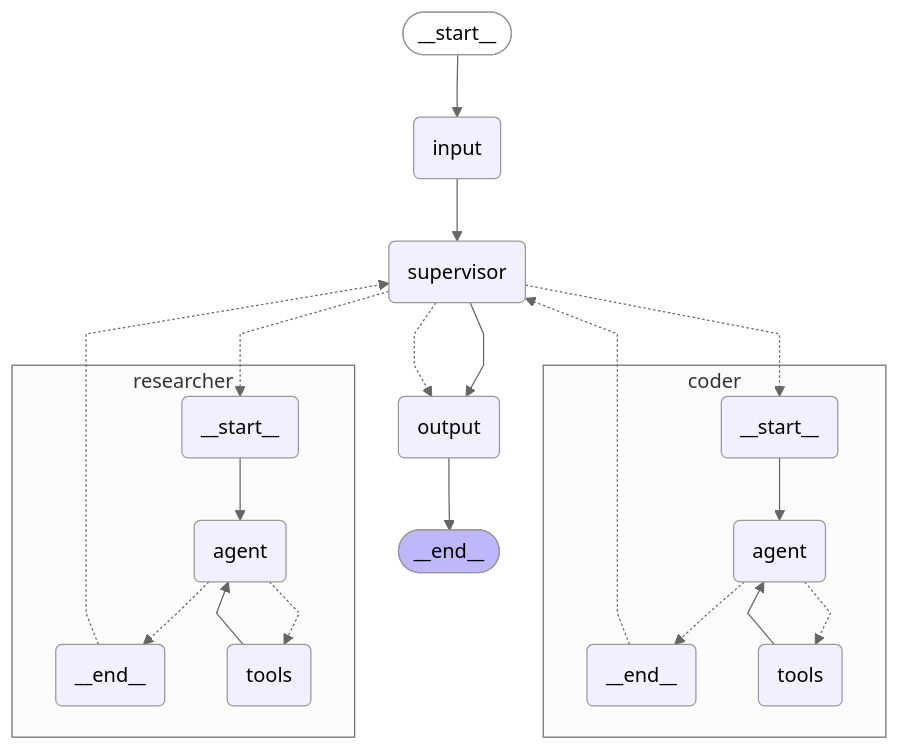
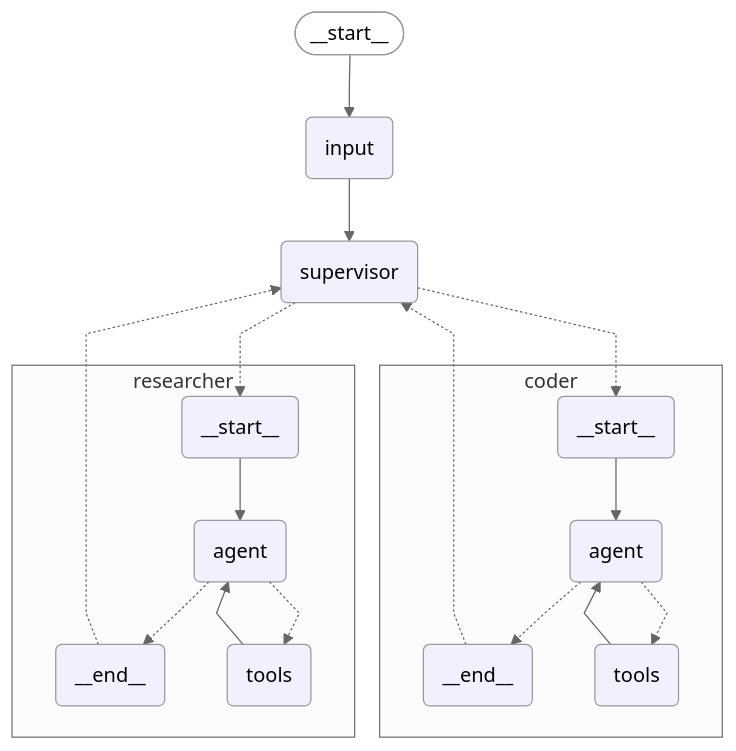
Before and after one commit to UiPath/uipath-python: the diagram in samples/multi-agent-supervisor-researcher-coder/README.md, drawn with Mermaid (neutral theme). The commit also changed other lines of this file and 3 other files, not shown here.

````diff
--- a/samples/multi-agent-supervisor-researcher-coder/README.md
+++ b/samples/multi-agent-supervisor-researcher-coder/README.md
@@ -12,46 +12,41 @@
 ```mermaid
 ---
 config:
   flowchart:
     curve: linear
 ---
 graph TD;
 	__start__([<p>__start__</p>]):::first
 	input(input)
 	supervisor(supervisor)
-	output(output)
-	__end__([<p>__end__</p>]):::last
 	__start__ --> input;
 	input --> supervisor;
-	output --> __end__;
-	supervisor --> output;
 	supervisor -.-> researcher___start__;
 	supervisor -.-> coder___start__;
-	supervisor -.-> output;
 	researcher___end__ -.-> supervisor;
 	coder___end__ -.-> supervisor;
 	subgraph researcher
 	researcher___start__(<p>__start__</p>)
 	researcher_agent(agent)
 	researcher_tools(tools)
 	researcher___end__(<p>__end__</p>)
 	researcher___start__ --> researcher_agent;
 	researcher_tools --> researcher_agent;
 	researcher_agent -.-> researcher_tools;
 	researcher_agent -.-> researcher___end__;
 	end
 	subgraph coder
 	coder___start__(<p>__start__</p>)
 	coder_agent(agent)
 	coder_tools(tools)
 	coder___end__(<p>__end__</p>)
 	coder___start__ --> coder_agent;
 	coder_tools --> coder_agent;
 	coder_agent -.-> coder_tools;
 	coder_agent -.-> coder___end__;
 	end
 	classDef default fill:#f2f0ff,line-height:1.2
 	classDef first fill-opacity:0
 	classDef last fill:#bfb6fc
 
 ```
````
